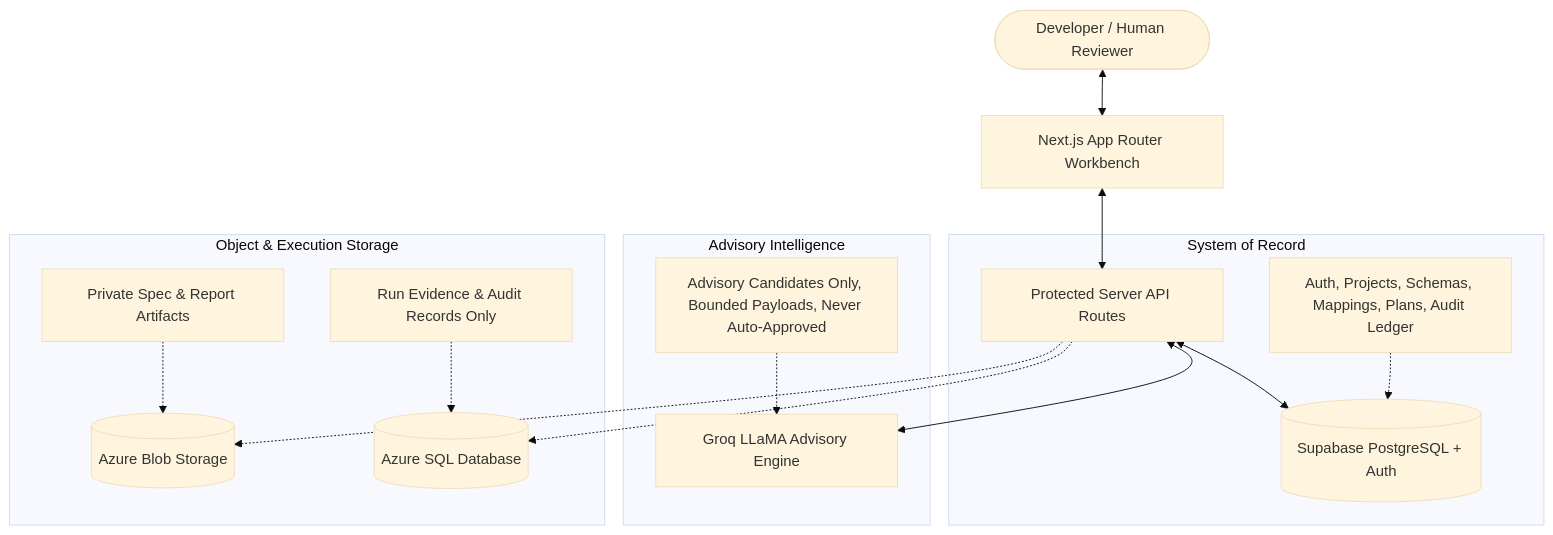
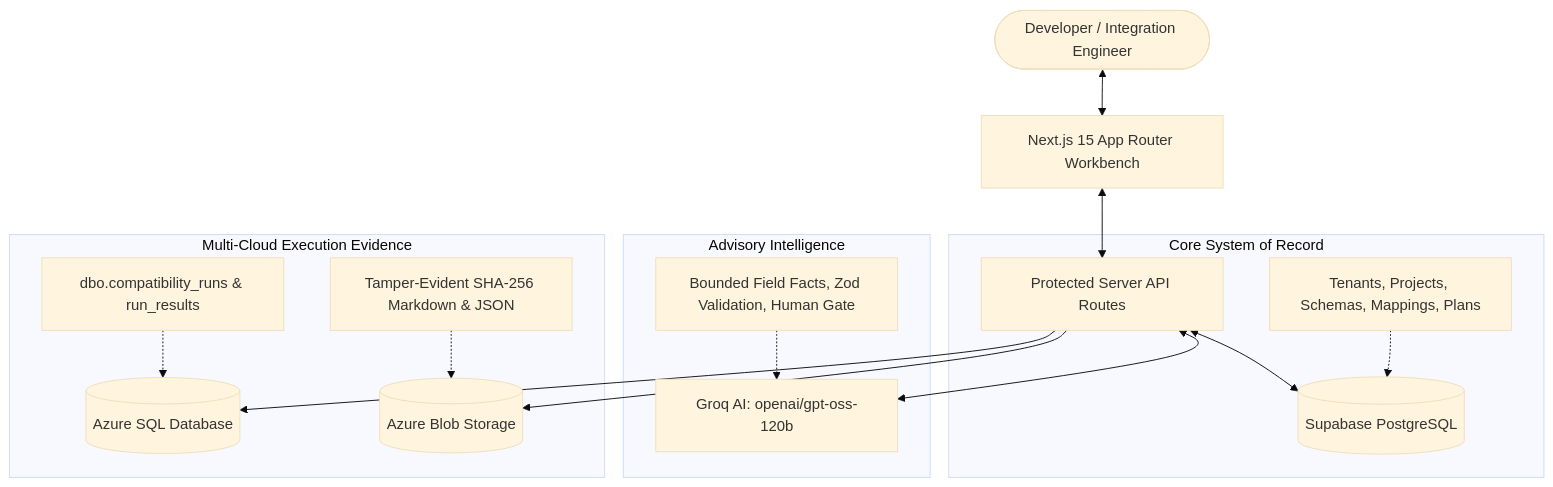
Before and after one commit to Orsted10/Uniflow: the diagram in README.md, drawn with Mermaid (base theme). The commit also changed other lines of this file and 8 other files, not shown here.

Commit message:
feat(design): overhaul UI with Impeccable dark theme, multi-cloud live HUD, and Vercel-ready production architecture

````diff
--- a/README.md
+++ b/README.md
@@ -71,22 +45,22 @@
 ```mermaid
 flowchart TD
-    User([Developer / Human Reviewer]) <--> UI[Next.js App Router Workbench]
-    UI <--> ServerRoutes[Protected Server API Routes]
+    User([Developer / Integration Engineer]) <--> UI[Next.js 15 App Router Workbench]
+    UI <--> API[Protected Server API Routes]
 
-    subgraph System of Record
-        ServerRoutes <--> Supabase[(Supabase PostgreSQL + Auth)]
-        note1[Auth, Projects, Schemas, Mappings, Plans, Audit Ledger] -.-> Supabase
+    subgraph Core System of Record
+        API <--> Supabase[(Supabase PostgreSQL)]
+        note1[Tenants, Projects, Schemas, Mappings, Plans] -.-> Supabase
     end
 
     subgraph Advisory Intelligence
-        ServerRoutes <--> Groq[Groq LLaMA Advisory Engine]
-        note2[Advisory Candidates Only, Bounded Payloads, Never Auto-Approved] -.-> Groq
+        API <--> Groq[Groq AI: openai/gpt-oss-120b]
+        note2[Bounded Field Facts, Zod Validation, Human Gate] -.-> Groq
     end
 
-    subgraph Object & Execution Storage
-        ServerRoutes -.-> AzureBlob[(Azure Blob Storage)]
-        ServerRoutes -.-> AzureSQL[(Azure SQL Database)]
-        note3[Private Spec & Report Artifacts] -.-> AzureBlob
-        note4[Run Evidence & Audit Records Only] -.-> AzureSQL
+    subgraph Multi-Cloud Execution Evidence
+        API --> AzureSQL[(Azure SQL Database)]
+        API --> AzureBlob[(Azure Blob Storage)]
+        note3[dbo.compatibility_runs & run_results] -.-> AzureSQL
+        note4[Tamper-Evident SHA-256 Markdown & JSON] -.-> AzureBlob
     end
 ```
````
